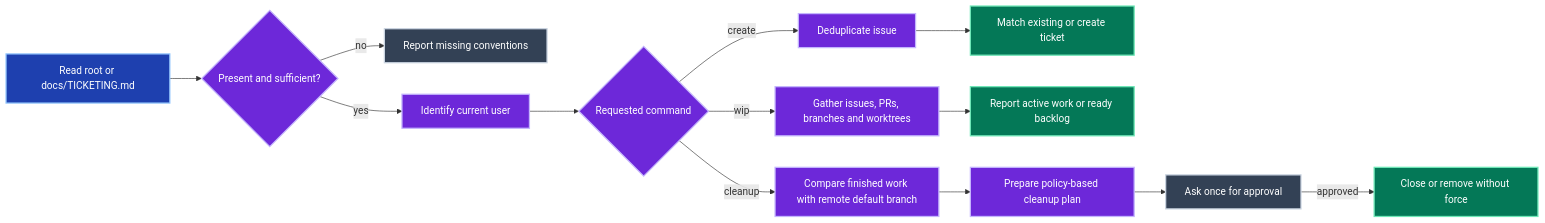
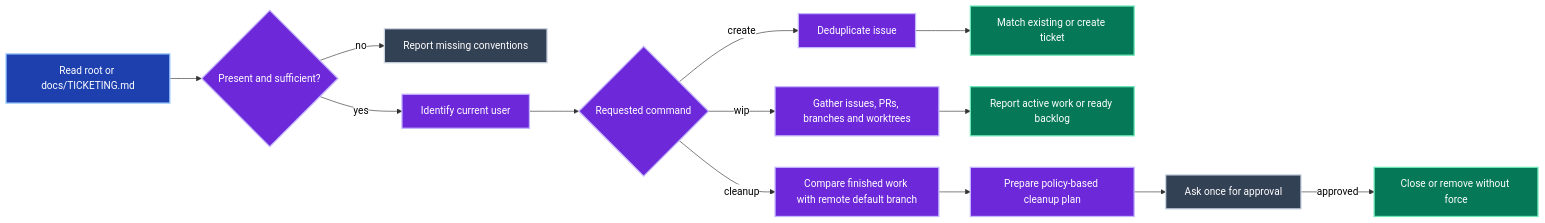
One commit to jpeakai/skills changed the second of 2 diagrams in plugins/jpai-essentials/skills/tickety-boo/README.md. Above: the diagram before and after it, drawn with Mermaid. The commit also changed 281 other files, not shown here.

Commit message:
feat: generate design profiles and unify diagram theming

````diff
--- a/plugins/jpai-essentials/skills/tickety-boo/README.md
+++ b/plugins/jpai-essentials/skills/tickety-boo/README.md
@@ -39,19 +39,25 @@
 ```mermaid
+---
+config:
+  themeVariables:
+    textColor: '#010101'
+    edgeLabelBackground: '#ffffff'
+---
 flowchart LR
     R["Read root or docs/TICKETING.md"]:::input --> E{"Present and sufficient?"}:::process
     E -->|no| S["Report missing conventions"]:::rule
     E -->|yes| I["Identify current user"]:::process
     I --> C{"Requested command"}:::process
     C -->|create| D["Deduplicate issue"]:::process
     D --> T["Match existing or create ticket"]:::output
     C -->|wip| W["Gather issues, PRs, branches and worktrees"]:::process
     W --> B["Report active work or ready backlog"]:::output
     C -->|cleanup| F["Compare finished work with remote default branch"]:::process
     F --> P["Prepare policy-based cleanup plan"]:::process
     P --> A["Ask once for approval"]:::rule
     A -->|approved| X["Close or remove without force"]:::output
     classDef input fill:#1e40af,stroke:#93c5fd,color:#fff,stroke-width:2px
     classDef process fill:#6d28d9,stroke:#c4b5fd,color:#fff,stroke-width:2px
     classDef output fill:#047857,stroke:#6ee7b7,color:#fff,stroke-width:2px
     classDef rule fill:#334155,stroke:#cbd5e1,color:#fff,stroke-width:2px
 ```
````
